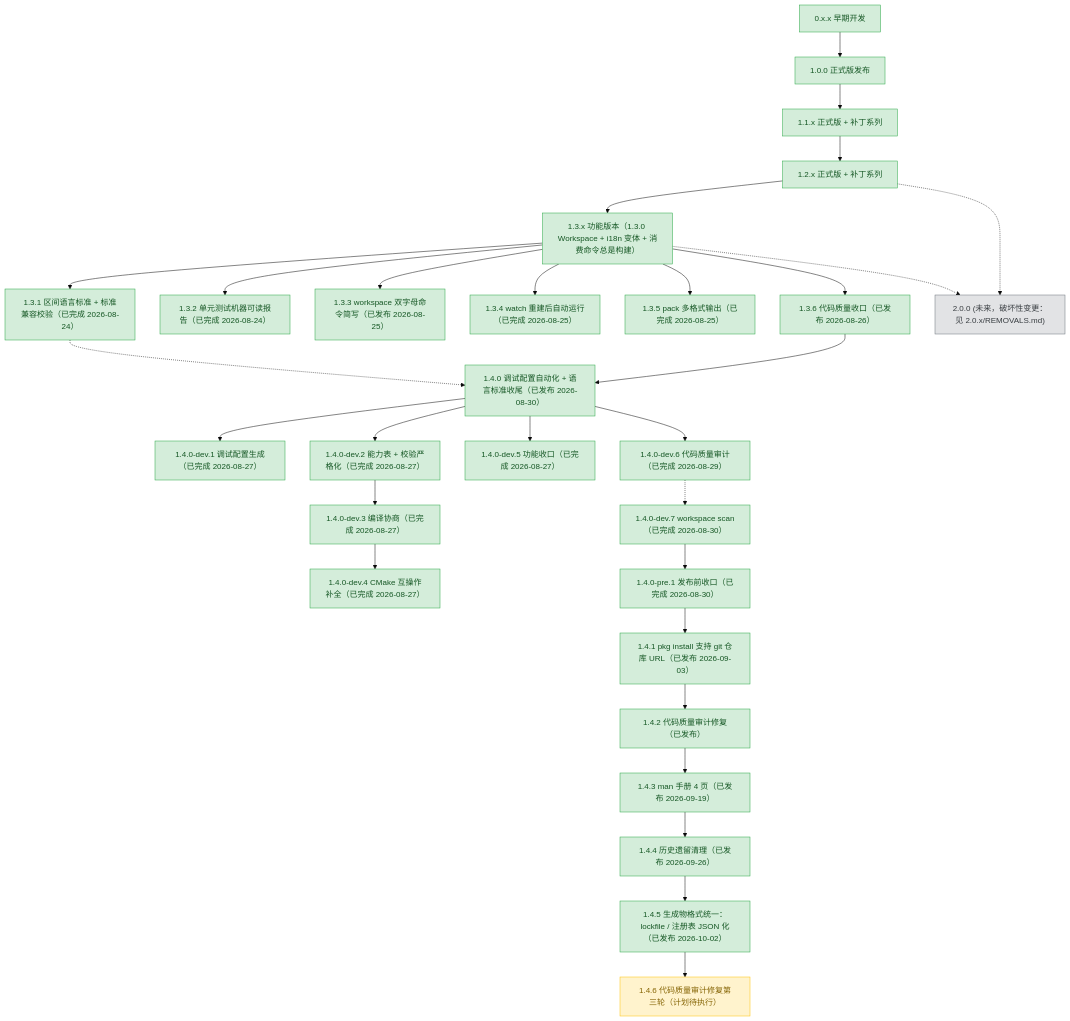
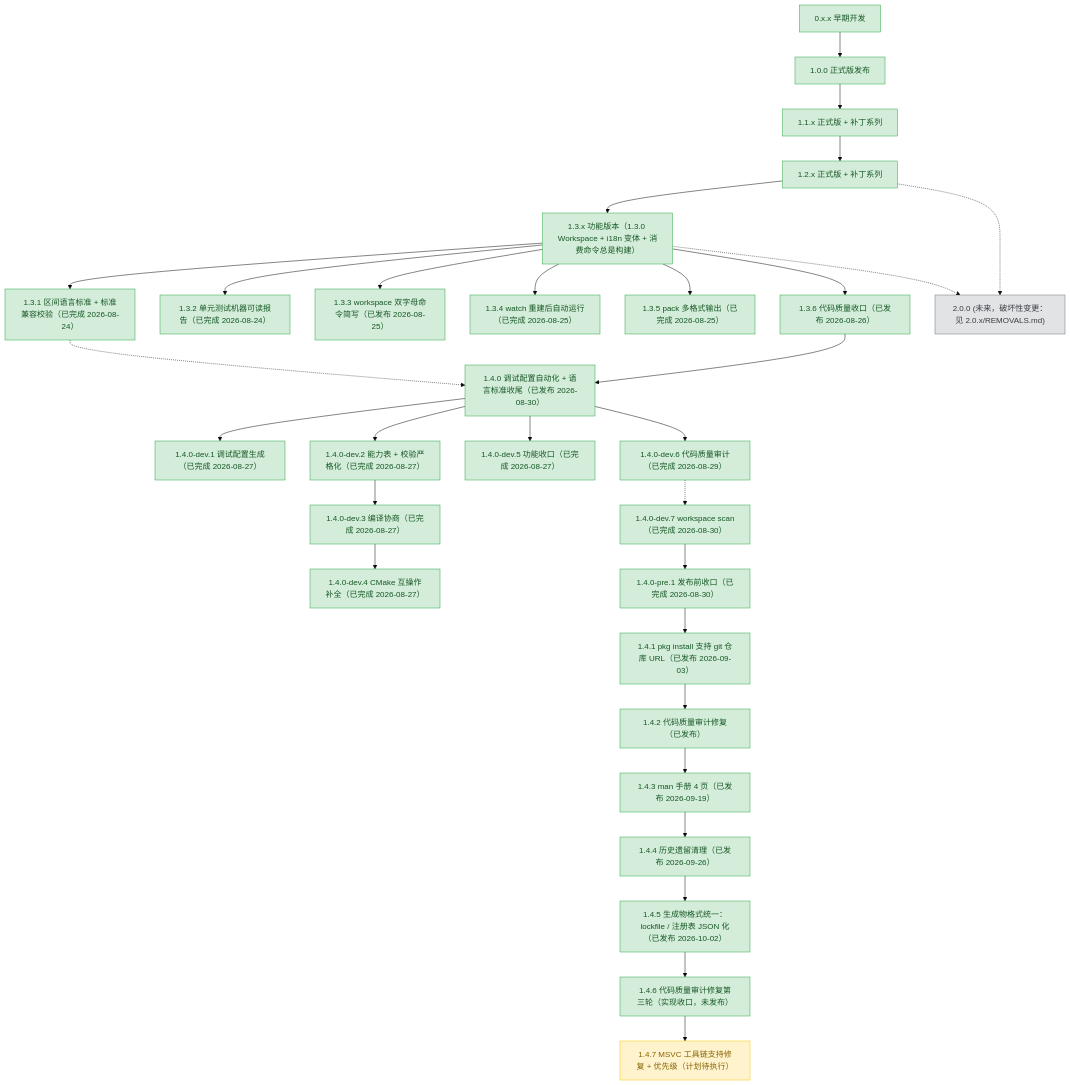
Before and after one commit to 3667808244/EazyMake: the diagram in plans/README.md, drawn with Mermaid (base theme). The commit also changed other lines of this file and 3 other files, not shown here.

Commit message:
docs(1.4.7): 新增 1.4.7 执行计划（MSVC 工具链支持修复 + 优先级调整）

````diff
--- a/plans/README.md
+++ b/plans/README.md
@@ -100,7 +100,8 @@
     v143p["1.4.3 man 手册 4 页（已发布 2026-09-19）"]
     v144p["1.4.4 历史遗留清理（已发布 2026-09-26）"]
     v145p["1.4.5 生成物格式统一：lockfile / 注册表 JSON 化（已发布 2026-10-02）"]
-    v146p["1.4.6 代码质量审计修复第三轮（计划待执行）"]
+    v146p["1.4.6 代码质量审计修复第三轮（实现收口，未发布）"]
+    v147p["1.4.7 MSVC 工具链支持修复 + 优先级（计划待执行）"]
     v200["2.0.0 (未来，破坏性变更：见 2.0.x/REMOVALS.md)"]
 
     v0xx --> v100
@@ -128,6 +129,7 @@
     v143p --> v144p
     v144p --> v145p
     v145p --> v146p
+    v146p --> v147p
     v131 -.-> v140
     v12x -.-> v200
     v13x -.-> v200
@@ -160,6 +162,7 @@
     class v143p done;
     class v144p done;
     class v145p done;
-    class v146p active;
+    class v146p done;
+    class v147p active;
     class v200 todo;
 ```
````
